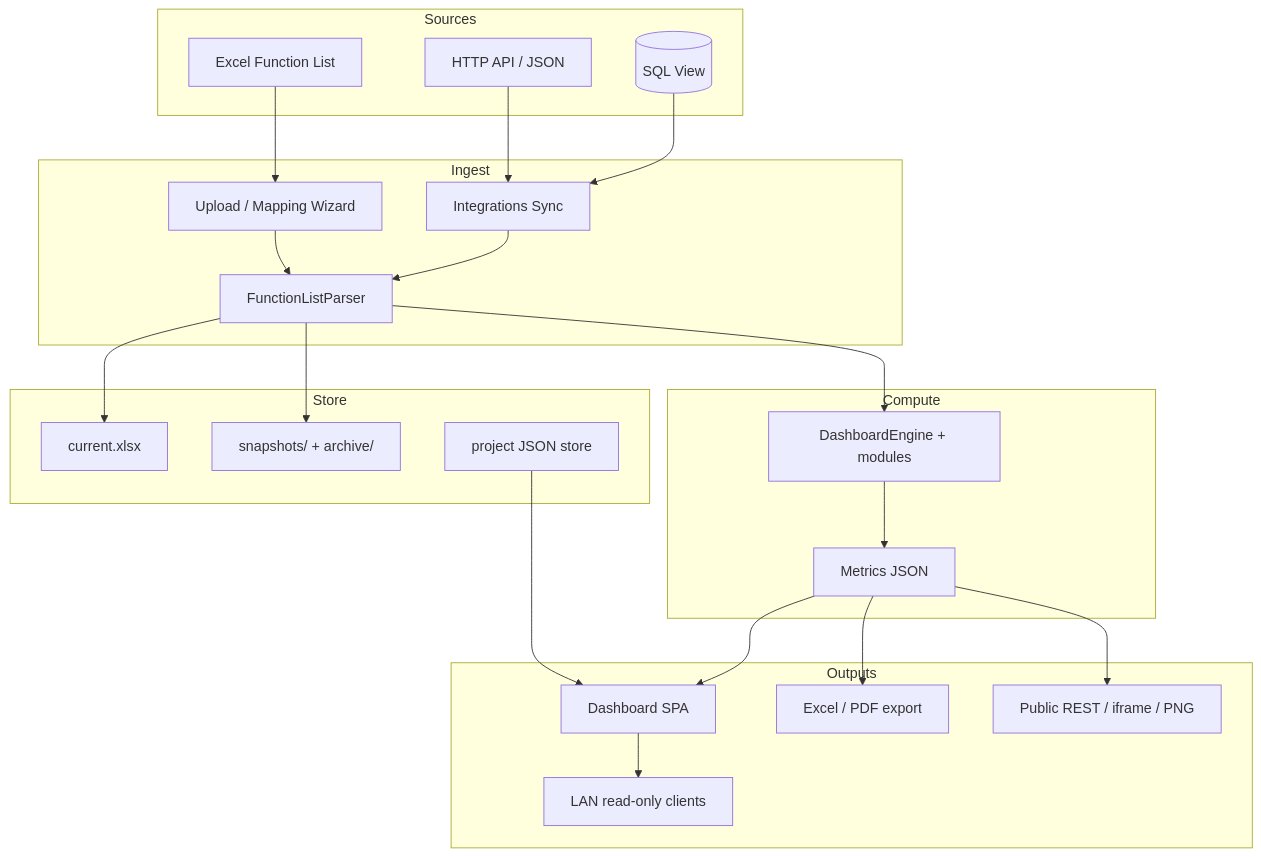
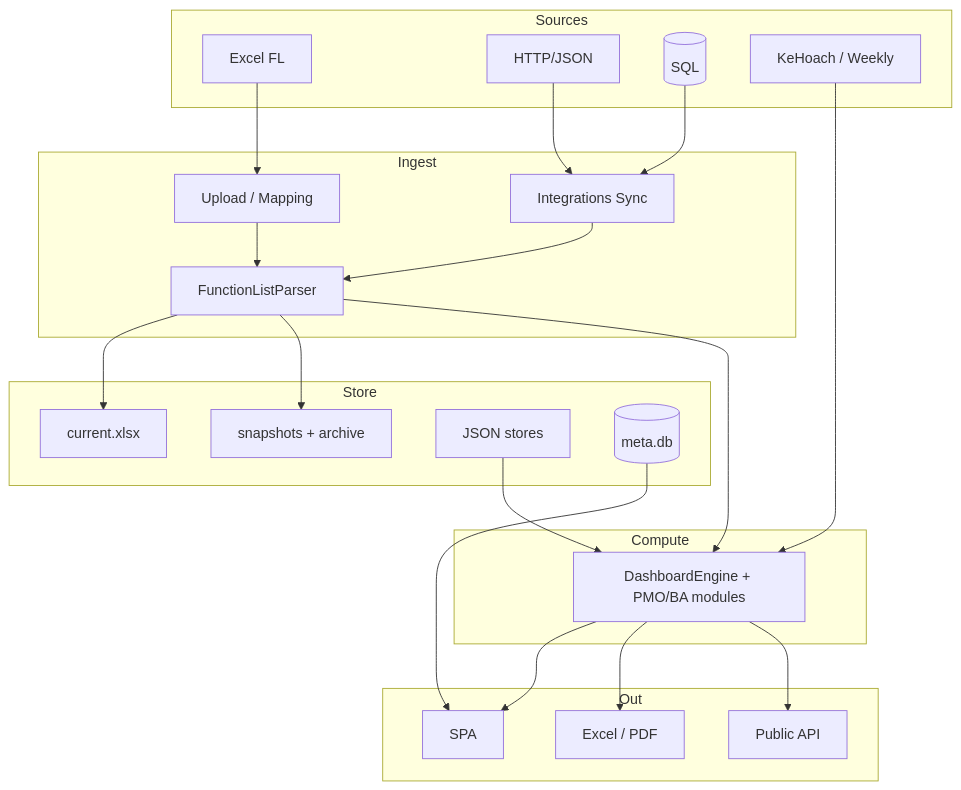
One commit to tranduchai9111994-BA/Project_Tracking changed the diagram in docs/ARCHITECTURE.md. Above: the diagram before and after it, drawn with Mermaid. The commit also changed other lines of this file and 77 other files, not shown here.

First line of the commit message:
feat(pmo): PMO A-F, BA UX, auth, estimate ratio, export ly do

````diff
--- a/docs/ARCHITECTURE.md
+++ b/docs/ARCHITECTURE.md
@@ -111,47 +92,45 @@
 ```mermaid
 flowchart TB
     subgraph Sources
-        XLSX[Excel Function List]
-        API[HTTP API / JSON]
-        DB[(SQL View)]
+        XLSX[Excel FL]
+        API[HTTP/JSON]
+        DB[(SQL)]
+        PMFILES[KeHoach / Weekly]
     end
 
     subgraph Ingest
-        UP[Upload / Mapping Wizard]
+        UP[Upload / Mapping]
         SYNC[Integrations Sync]
         PARSE[FunctionListParser]
     end
 
     subgraph Store
         CUR[current.xlsx]
-        SNAP[snapshots/ + archive/]
-        JSON[project JSON store]
+        SNAP[snapshots + archive]
+        JSON[JSON stores]
+        SQLITE[(meta.db)]
     end
 
     subgraph Compute
-        ENG[DashboardEngine + modules]
-        MET[Metrics JSON]
+        ENG[DashboardEngine + PMO/BA modules]
     end
 
-    subgraph Outputs
-        UI[Dashboard SPA]
-        EXP[Excel / PDF export]
-        PUB[Public REST / iframe / PNG]
-        LAN[LAN read-only clients]
+    subgraph Out
+        UI[SPA]
+        EXP[Excel / PDF]
+        PUB[Public API]
     end
 
-    XLSX --> UP
-    API --> SYNC
+    XLSX --> UP --> PARSE
+    API --> SYNC --> PARSE
     DB --> SYNC
-    UP --> PARSE
-    SYNC --> PARSE
     PARSE --> CUR
     PARSE --> SNAP
     PARSE --> ENG
-    ENG --> MET
-    MET --> UI
-    MET --> EXP
-    MET --> PUB
-    UI --> LAN
-    JSON --> UI
+    PMFILES --> ENG
+    JSON --> ENG
+    SQLITE --> UI
+    ENG --> UI
+    ENG --> EXP
+    ENG --> PUB
 ```
````
